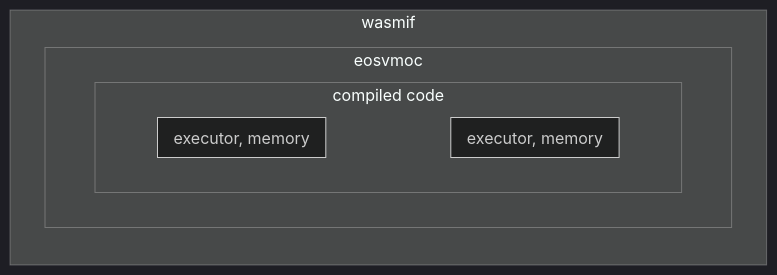
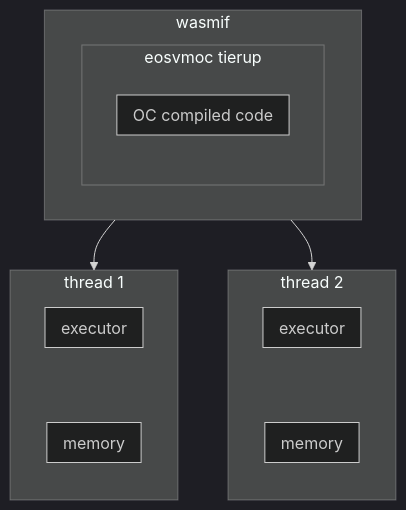
One commit to eosnetworkfoundation/product changed the tenth of 12 diagrams in transactions/read-only/memory.md. Above: the diagram before and after it, drawn with Mermaid (dark theme). The commit also changed other lines of this file, not shown here.

````diff
--- a/transactions/read-only/memory.md
+++ b/transactions/read-only/memory.md
@@ -205,16 +240,31 @@
 ```mermaid
-flowchart LR
+flowchart TD
    subgraph wasmif
-      subgraph eosvmoc[eosvmoc]
-         subgraph code[compiled code]
-            direction LR
-            subgraph runtime1[executor, memory]
-            end
-            subgraph runtime2[executor, memory]
-            end
-            
-            runtime1 ~~~ runtime2
+      subgraph eosvmoc[eosvmoc tierup]
+         subgraph code[OC compiled code]
          end
       end
    end
+   
+   subgraph thread1[thread 1]
+      direction TB
+      subgraph runtime11[executor]
+      end
+      subgraph runtime12[memory]
+      end
+      runtime11 ~~~ runtime12
+    end
+    
+      subgraph thread2[thread 2]
+      direction TB
+      subgraph runtime21[executor]
+      end
+      subgraph runtime22[memory]
+      end
+      runtime21 ~~~ runtime22
+    end
+
+    
+     wasmif --> thread1
+     wasmif --> thread2
 ```
````
